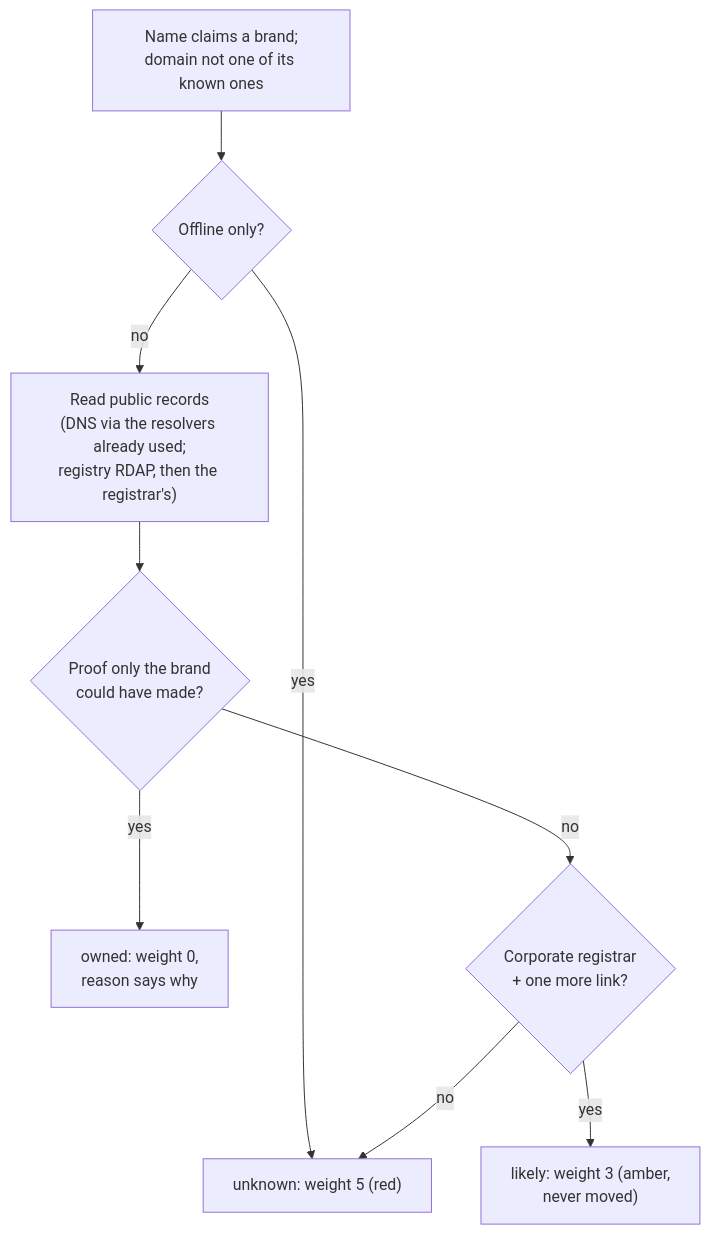
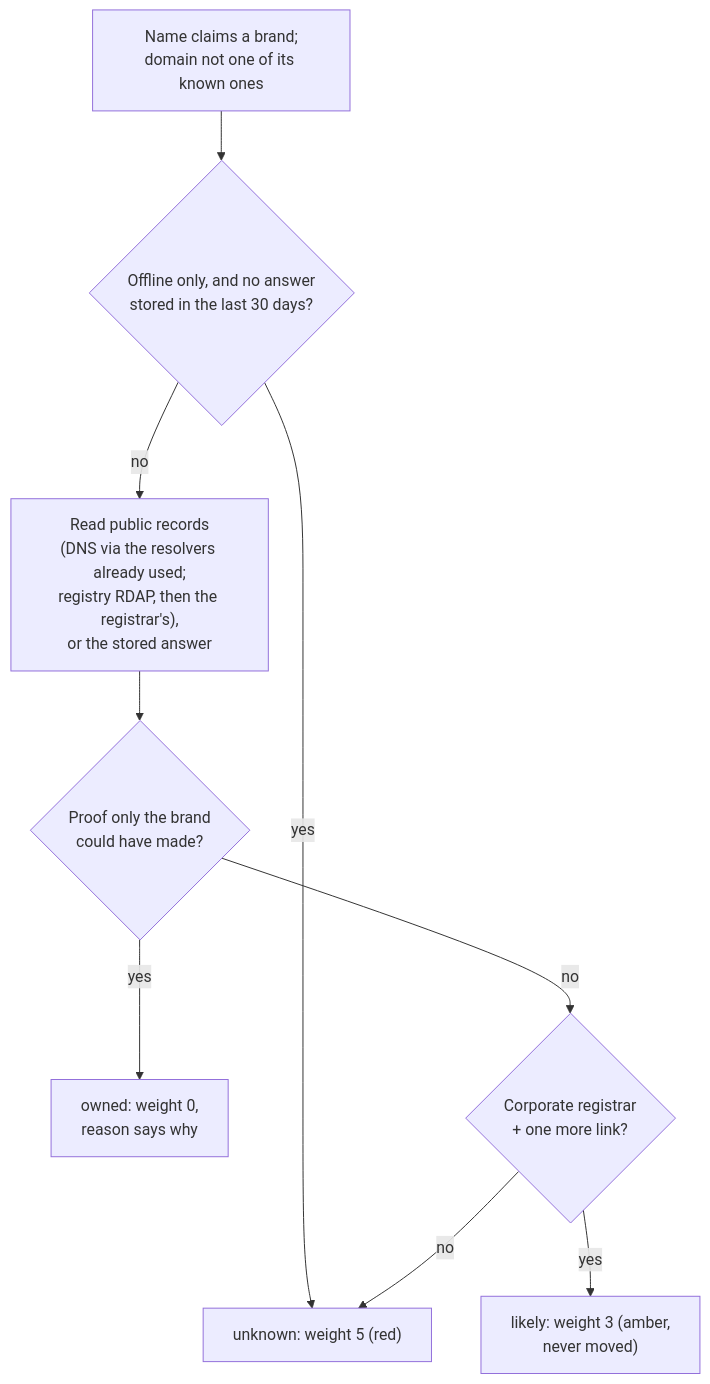
Before and after one commit to thecodewarrior2/SPRUCE-Browser-Extension: the seventh of 9 diagrams in docs/ARCHITECTURE.md, drawn with Mermaid. The commit also changed other lines of this file and 14 other files, not shown here.

````diff
--- a/docs/ARCHITECTURE.md
+++ b/docs/ARCHITECTURE.md
@@ -222,11 +225,11 @@
 ```mermaid
 flowchart TD
-  N["Name claims a brand;<br/>domain not one of its known ones"] --> Q{"Offline only?"}
+  N["Name claims a brand;<br/>domain not one of its known ones"] --> Q{"Offline only, and no answer<br/>stored in the last 30 days?"}
   Q -- yes --> R5["unknown: weight 5 (red)"]
-  Q -- no --> E["Read public records<br/>(DNS via the resolvers already used;<br/>registry RDAP, then the registrar's)"]
+  Q -- no --> E["Read public records<br/>(DNS via the resolvers already used;<br/>registry RDAP, then the registrar's),<br/>or the stored answer"]
   E --> P{"Proof only the brand<br/>could have made?"}
   P -- yes --> OWN["owned: weight 0,<br/>reason says why"]
   P -- no --> L{"Corporate registrar<br/>+ one more link?"}
   L -- yes --> LIK["likely: weight 3 (amber,<br/>never moved)"]
   L -- no --> R5
 ```
````
